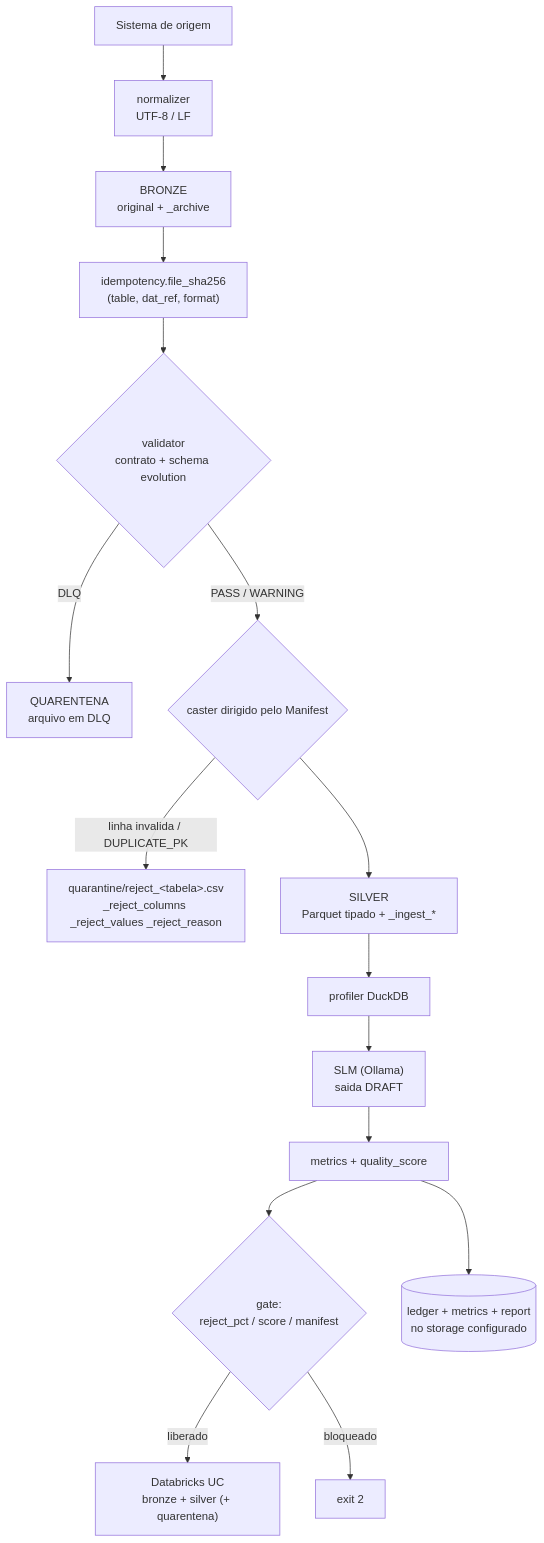
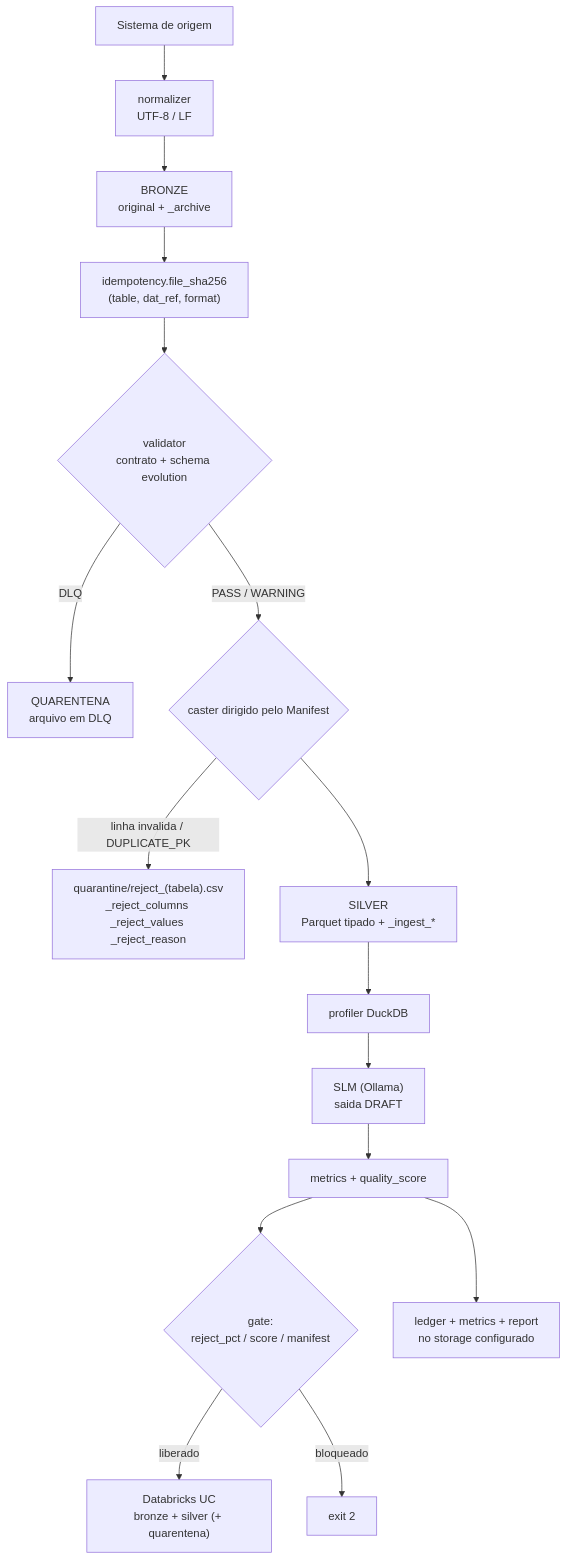
One commit to Knnovar/data-masters-nimbus changed the diagram in docs/ARCHITECTURE.md. Above: the diagram before and after it, drawn with Mermaid. The commit also changed other lines of this file and 20 other files, not shown here.

````diff
--- a/docs/ARCHITECTURE.md
+++ b/docs/ARCHITECTURE.md
@@ -27,18 +27,18 @@
 ```mermaid
-flowchart TD
+graph TD
     ORIG["Sistema de origem"] --> NORM["normalizer<br/>UTF-8 / LF"]
     NORM --> BRONZE["BRONZE<br/>original + _archive"]
     BRONZE --> SHA["idempotency.file_sha256<br/>(table, dat_ref, format)"]
     SHA --> VAL{"validator<br/>contrato + schema evolution"}
     VAL -- DLQ --> QUAR["QUARENTENA<br/>arquivo em DLQ"]
     VAL -- PASS / WARNING --> CAST{"caster dirigido pelo Manifest"}
-    CAST -- "linha invalida / DUPLICATE_PK" --> REJ["quarantine/reject_&lt;tabela&gt;.csv<br/>_reject_columns _reject_values _reject_reason"]
+    CAST -- "linha invalida / DUPLICATE_PK" --> REJ["quarantine/reject_(tabela).csv<br/>_reject_columns _reject_values _reject_reason"]
     CAST --> SILVER["SILVER<br/>Parquet tipado + _ingest_*"]
     SILVER --> PROF["profiler DuckDB"]
     PROF --> SLM["SLM (Ollama)<br/>saida DRAFT"]
     SLM --> MET["metrics + quality_score"]
     MET --> GATE{"gate:<br/>reject_pct / score / manifest"}
     GATE -- liberado --> DBX["Databricks UC<br/>bronze + silver (+ quarentena)"]
     GATE -- bloqueado --> EX2["exit 2"]
-    MET --> LED[("ledger + metrics + report<br/>no storage configurado")]
+    MET --> LED["ledger + metrics + report<br/>no storage configurado"]
 ```
````
